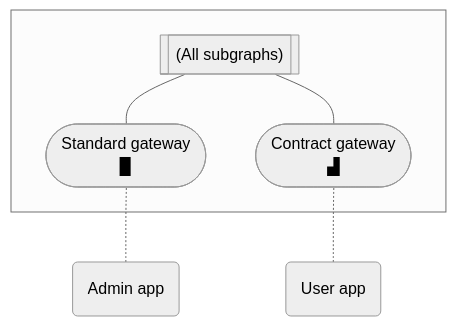
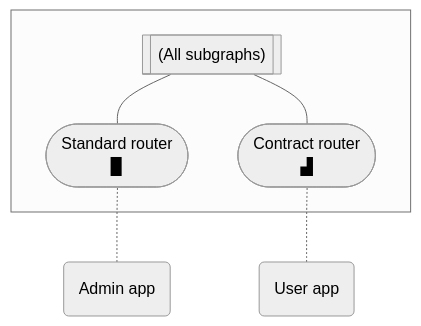
Before and after one commit to apollographql/docs: the second of 2 diagrams in src/content/studio/contracts.mdx, drawn with Mermaid (neutral theme). The commit also changed other lines of this file, not shown here.

````diff
--- a/src/content/studio/contracts.mdx
+++ b/src/content/studio/contracts.mdx
@@ -57,14 +57,14 @@
 ```mermaid
 graph BT;
   adminapp(Admin app);
   userapp(User app);
   subgraph " ";
-    standardgateway(["Standard gateway<br/>▉"]);
-    contractgateway(["Contract gateway<br/>▟"]);
+    standardgateway(["Standard router<br/>▉"]);
+    contractgateway(["Contract router<br/>▟"]);
     subgraphs[["(All subgraphs)"]];
   end;
   userapp -.- contractgateway;
   adminapp -.- standardgateway;
   standardgateway & contractgateway --- subgraphs;
   class adminapp,userapp secondary;
 ```
````
